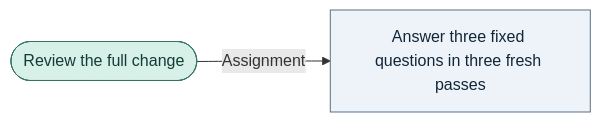
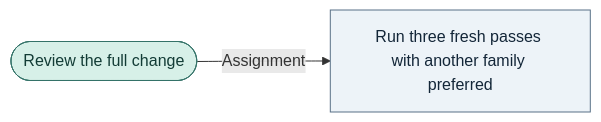
Before and after one commit to bookout-labs/tools: the diagram in docs/graph/blueprint/views/workers/reviewer.mmd, drawn with Mermaid. The commit also changed 14 other files, not shown here.

```diff
--- a/docs/graph/blueprint/views/workers/reviewer.mmd
+++ b/docs/graph/blueprint/views/workers/reviewer.mmd
@@ -1,9 +1,9 @@
 flowchart LR
     n0(["Review the full change"]):::worker
-    n1["Answer three fixed questions in three fresh passes"]:::step
+    n1["Run three fresh passes with another family preferred"]:::step
     n0 -->|"Assignment"| n1
     classDef stage fill:#dcebf8,stroke:#315675,color:#10283b
     classDef step fill:#edf3f8,stroke:#597187,color:#132638
     classDef worker fill:#d7f0e8,stroke:#357369,color:#133c36
     classDef gate fill:#fff0c9,stroke:#89641f,color:#3f2b0b
     classDef terminal fill:#f0f0f0,stroke:#666666,color:#202020
```
